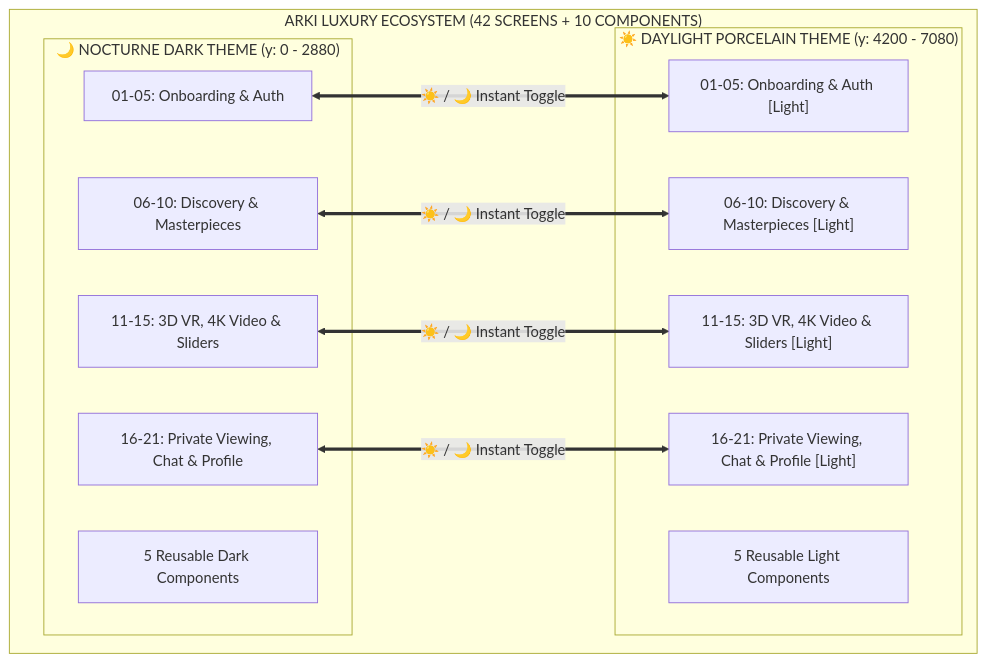
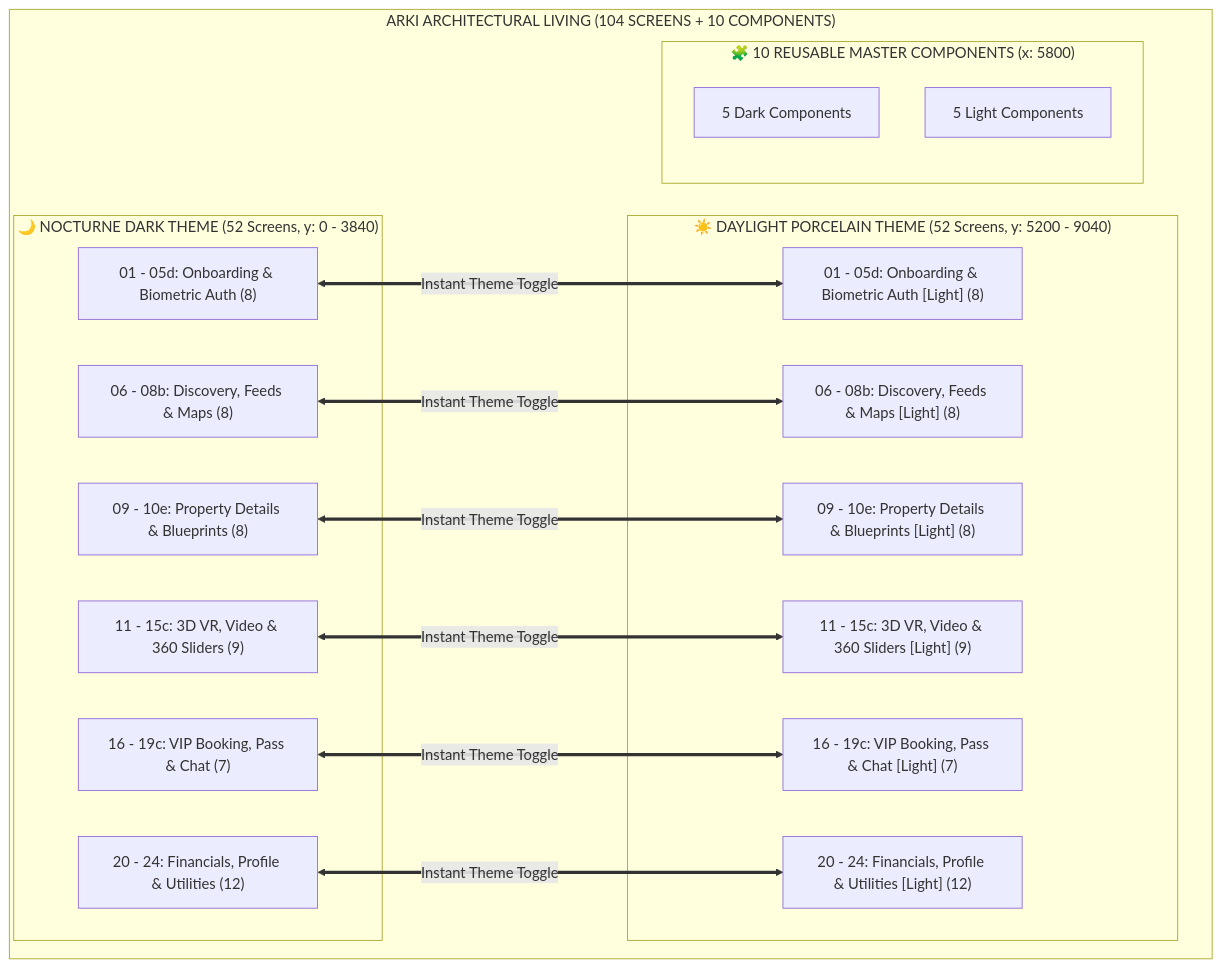
Before and after one commit to PhuThien2005/figma-server: the diagram in abc.md, drawn with Mermaid. The commit also changed other lines of this file, not shown here.

Commit message:
docs: comprehensive update for 104 screens, 370+ prototype transitions, and UI/UX UIT alignment

````diff
--- a/abc.md
+++ b/abc.md
@@ -25,25 +26,34 @@
 ```mermaid
 flowchart TB
-    subgraph SYSTEM ["ARKI LUXURY ECOSYSTEM (42 SCREENS + 10 COMPONENTS)"]
-        subgraph DARK ["🌙 NOCTURNE DARK THEME (y: 0 - 2880)"]
-            D1["01-05: Onboarding & Auth"]
-            D2["06-10: Discovery & Masterpieces"]
-            D3["11-15: 3D VR, 4K Video & Sliders"]
-            D4["16-21: Private Viewing, Chat & Profile"]
-            DC["5 Reusable Dark Components"]
+    subgraph ARKI ["ARKI ARCHITECTURAL LIVING (104 SCREENS + 10 COMPONENTS)"]
+        subgraph NOCTURNE ["🌙 NOCTURNE DARK THEME (52 Screens, y: 0 - 3840)"]
+            D_Onb["01 - 05d: Onboarding & Biometric Auth (8)"]
+            D_Feed["06 - 08b: Discovery, Feeds & Maps (8)"]
+            D_Detail["09 - 10e: Property Details & Blueprints (8)"]
+            D_Media["11 - 15c: 3D VR, Video & 360 Sliders (9)"]
+            D_Book["16 - 19c: VIP Booking, Pass & Chat (7)"]
+            D_Fin["20 - 24: Financials, Profile & Utilities (12)"]
         end
 
-        subgraph LIGHT ["☀️ DAYLIGHT PORCELAIN THEME (y: 4200 - 7080)"]
-            L1["01-05: Onboarding & Auth [Light]"]
-            L2["06-10: Discovery & Masterpieces [Light]"]
-            L3["11-15: 3D VR, 4K Video & Sliders [Light]"]
-            L4["16-21: Private Viewing, Chat & Profile [Light]"]
-            LC["5 Reusable Light Components"]
+        subgraph DAYLIGHT ["☀️ DAYLIGHT PORCELAIN THEME (52 Screens, y: 5200 - 9040)"]
+            L_Onb["01 - 05d: Onboarding & Biometric Auth [Light] (8)"]
+            L_Feed["06 - 08b: Discovery, Feeds & Maps [Light] (8)"]
+            L_Detail["09 - 10e: Property Details & Blueprints [Light] (8)"]
+            L_Media["11 - 15c: 3D VR, Video & 360 Sliders [Light] (9)"]
+            L_Book["16 - 19c: VIP Booking, Pass & Chat [Light] (7)"]
+            L_Fin["20 - 24: Financials, Profile & Utilities [Light] (12)"]
+        end
+
+        subgraph COMPS ["🧩 10 REUSABLE MASTER COMPONENTS (x: 5800)"]
+            C_Dark["5 Dark Components"]
+            C_Light["5 Light Components"]
         end
     end
 
-    D1 <===>|☀️ / 🌙 Instant Toggle| L1
-    D2 <===>|☀️ / 🌙 Instant Toggle| L2
-    D3 <===>|☀️ / 🌙 Instant Toggle| L3
-    D4 <===>|☀️ / 🌙 Instant Toggle| L4
+    D_Onb <===>|Instant Theme Toggle| L_Onb
+    D_Feed <===>|Instant Theme Toggle| L_Feed
+    D_Detail <===>|Instant Theme Toggle| L_Detail
+    D_Media <===>|Instant Theme Toggle| L_Media
+    D_Book <===>|Instant Theme Toggle| L_Book
+    D_Fin <===>|Instant Theme Toggle| L_Fin
 ```
````
